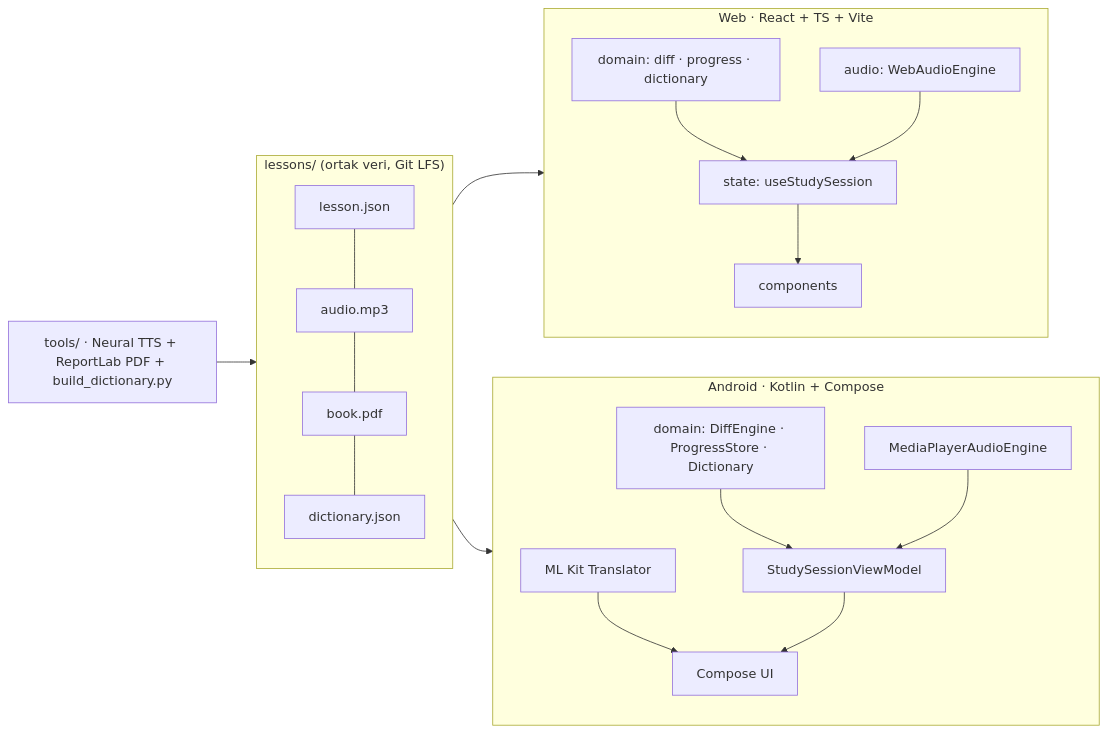
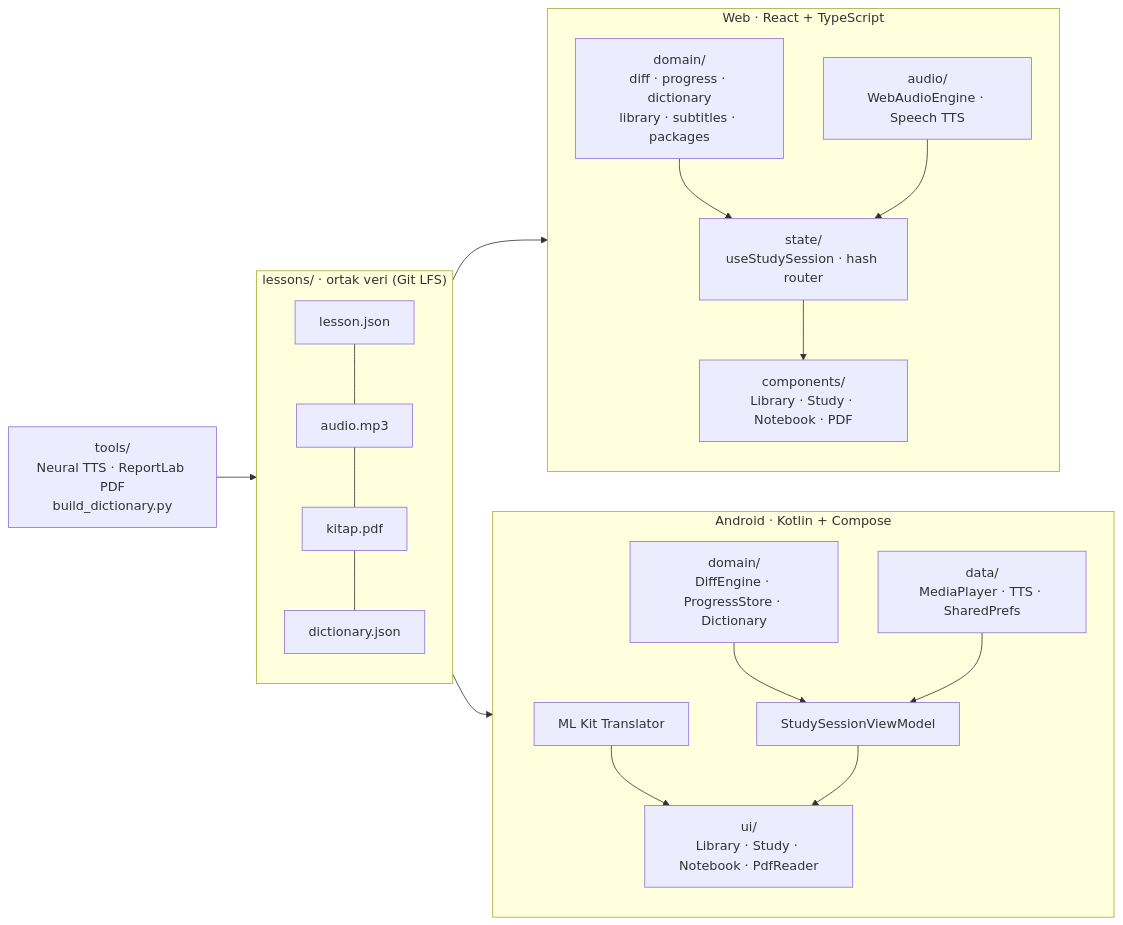
The second of 2 diagrams in README.md (BurakYildizGameDev/dictalearn), drawn with Mermaid before and after one commit. The commit also changed other lines of this file and 1 other file, not shown here.

````diff
--- a/README.md
+++ b/README.md
@@ -51,20 +190,25 @@
 ```mermaid
 flowchart LR
-  subgraph Data["lessons/ (ortak veri, Git LFS)"]
-    J[lesson.json] --- A[audio.mp3] --- P[book.pdf] --- D[dictionary.json]
+  subgraph Data["lessons/ · ortak veri (Git LFS)"]
+    J[lesson.json] --- A[audio.mp3] --- P[kitap.pdf] --- D[dictionary.json]
   end
-  subgraph Web["Web · React + TS + Vite"]
-    WD[domain: diff · progress · dictionary] --> WS[state: useStudySession]
-    WA[audio: WebAudioEngine] --> WS
-    WS --> WC[components]
+
+  subgraph Web["Web · React + TypeScript"]
+    direction TB
+    WD["domain/<br/>diff · progress · dictionary<br/>library · subtitles · packages"] --> WS["state/<br/>useStudySession · hash router"]
+    WA["audio/<br/>WebAudioEngine · Speech TTS"] --> WS
+    WS --> WC["components/<br/>Library · Study · Notebook · PDF"]
   end
+
   subgraph Android["Android · Kotlin + Compose"]
-    KD[domain: DiffEngine · ProgressStore · Dictionary] --> KV[StudySessionViewModel]
-    KA[MediaPlayerAudioEngine] --> KV
-    KM[ML Kit Translator] --> KU[Compose UI]
-    KV --> KU
+    direction TB
+    KD["domain/<br/>DiffEngine · ProgressStore · Dictionary"] --> KV[StudySessionViewModel]
+    KA["data/<br/>MediaPlayer · TTS · SharedPrefs"] --> KV
+    KM[ML Kit Translator] --> KU
+    KV --> KU["ui/<br/>Library · Study · Notebook · PdfReader"]
   end
+
+  T["tools/<br/>Neural TTS · ReportLab PDF<br/>build_dictionary.py"] --> Data
   Data --> Web
   Data --> Android
-  T[tools/ · Neural TTS + ReportLab PDF + build_dictionary.py] --> Data
 ```
````
